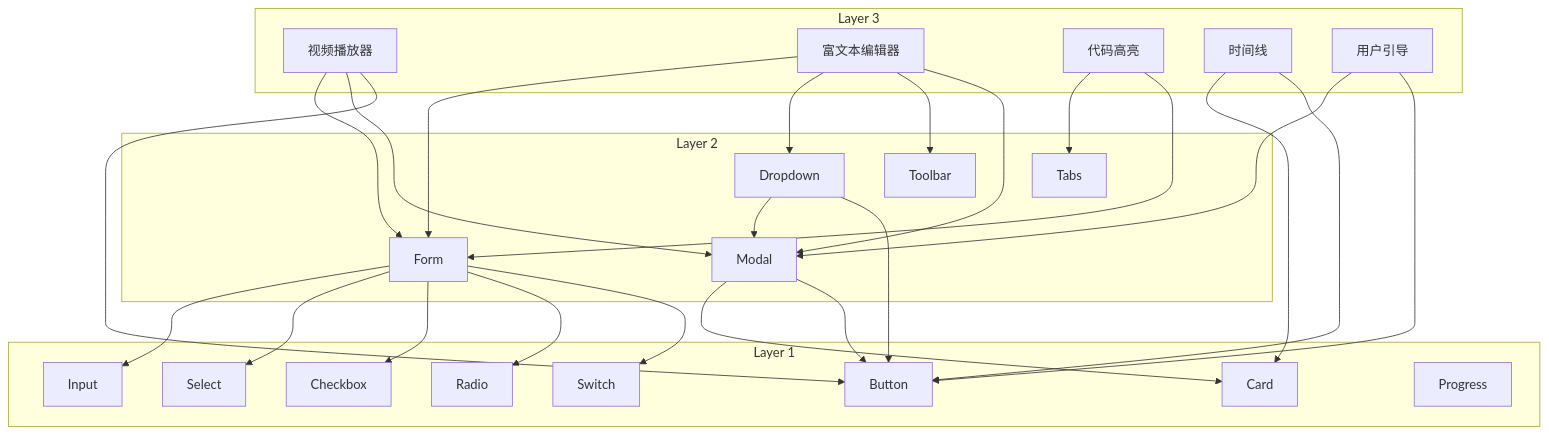
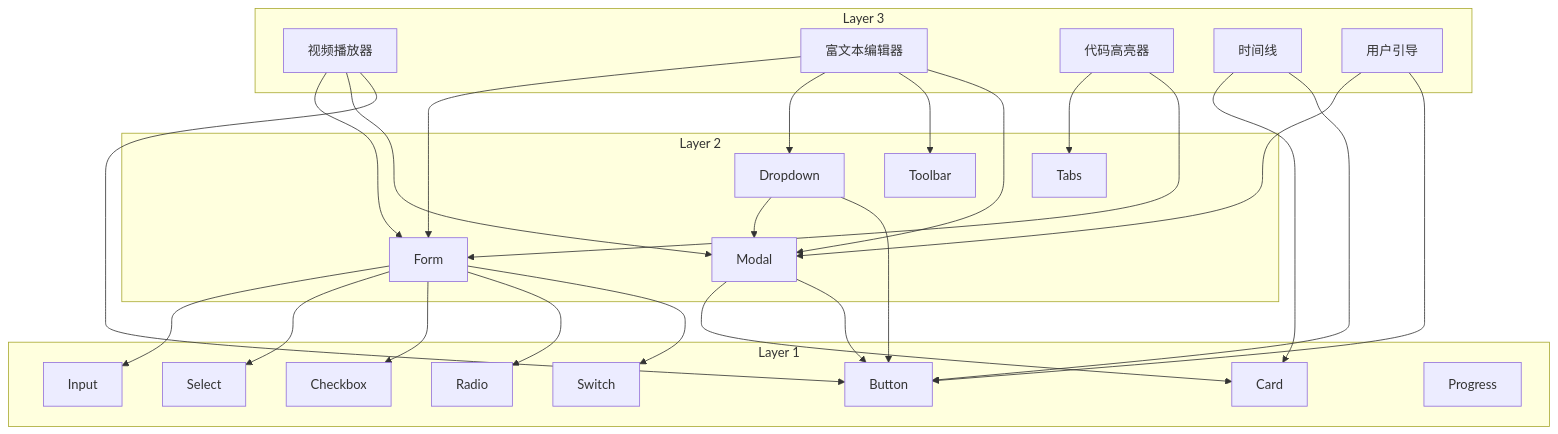
One commit to celestia-island/hikari changed the second of 2 diagrams in docs/zhs/guides/layer-component-plan.md. Above: the diagram before and after it, drawn with Mermaid. The commit also changed other lines of this file and 291 other files, not shown here.

````diff
--- a/docs/zhs/guides/layer-component-plan.md
+++ b/docs/zhs/guides/layer-component-plan.md
@@ -468,59 +468,59 @@
 ```mermaid
 graph TB
     subgraph "Layer 3"
         V[视频播放器]
         R[富文本编辑器]
-        C[代码高亮]
+        C[代码高亮器]
         T[时间线]
         G[用户引导]
     end
 
     subgraph "Layer 2"
         F[Form]
         D[Dropdown]
         M[Modal]
         TB[Toolbar]
         TB2[Tabs]
     end
 
     subgraph "Layer 1"
         B[Button]
         I[Input]
         C2[Card]
         S[Select]
         CB[Checkbox]
         R2[Radio]
         SW[Switch]
         P[Progress]
     end
 
     V --> F
     V --> M
     V --> B
 
     R --> F
     R --> D
     R --> TB
     R --> M
 
     C --> TB2
     C --> F
 
     T --> C2
     T --> B
 
     G --> M
     G --> B
 
     F --> I
     F --> S
     F --> CB
     F --> R2
     F --> SW
 
     D --> M
     D --> B
 
     M --> C2
     M --> B
 ```
````
